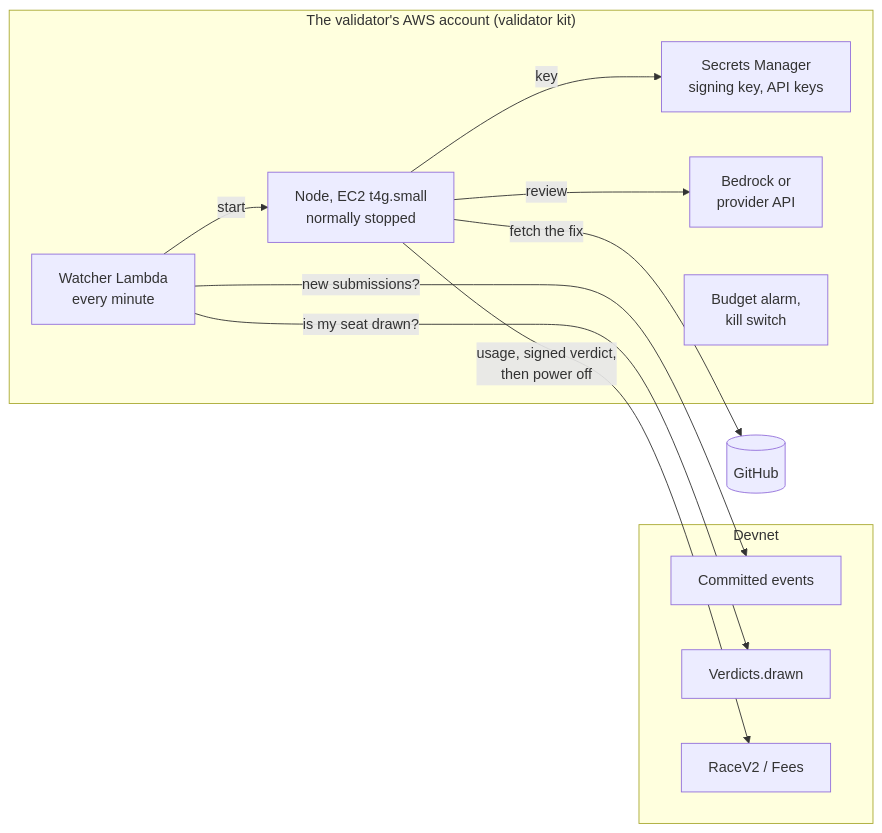
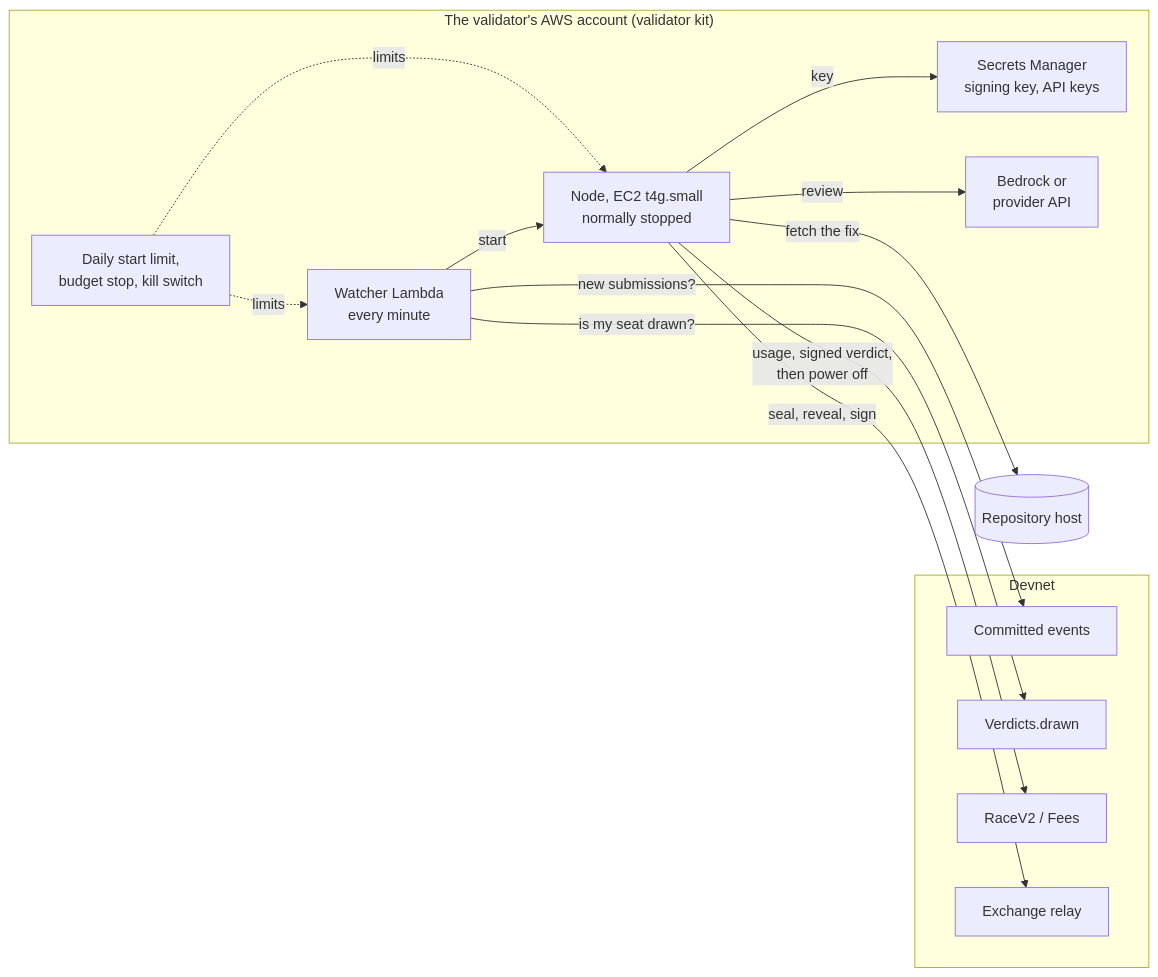
The fourth of 6 diagrams in README.md (JJBon/proof-of-fix), drawn with Mermaid before and after one commit. The commit also changed other lines of this file and 8 other files, not shown here.

````diff
--- a/README.md
+++ b/README.md
@@ -86,22 +137,26 @@
 ```mermaid
 flowchart LR
   subgraph Chain["Devnet"]
     Ev["Committed events"]
     VD["Verdicts.drawn"]
     In["RaceV2 / Fees"]
+    Rel["Exchange relay"]
   end
   subgraph AWS["The validator's AWS account (validator kit)"]
     W["Watcher Lambda<br/>every minute"]
     N["Node, EC2 t4g.small<br/>normally stopped"]
     SM["Secrets Manager<br/>signing key, API keys"]
     M["Bedrock or<br/>provider API"]
-    Bud["Budget alarm,<br/>kill switch"]
+    Bud["Daily start limit,<br/>budget stop, kill switch"]
   end
   W -- "new submissions?" --> Ev
   W -- "is my seat drawn?" --> VD
   W -- "start" --> N
   N -- "key" --> SM
-  N -- "fetch the fix" --> GH[("GitHub")]
+  N -- "fetch the fix" --> GH[("Repository host")]
   N -- "review" --> M
+  N -- "seal, reveal, sign" --> Rel
   N -- "usage, signed verdict,<br/>then power off" --> In
+  Bud -. "limits" .-> W
+  Bud -. "limits" .-> N
 ```
````
